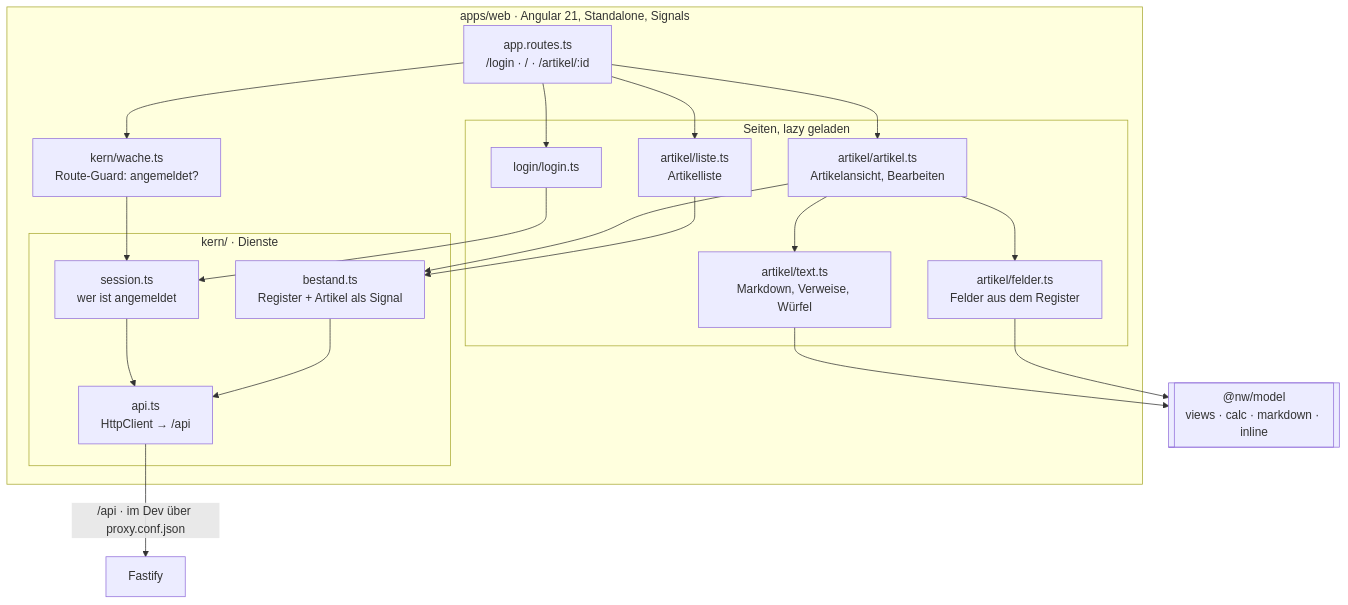
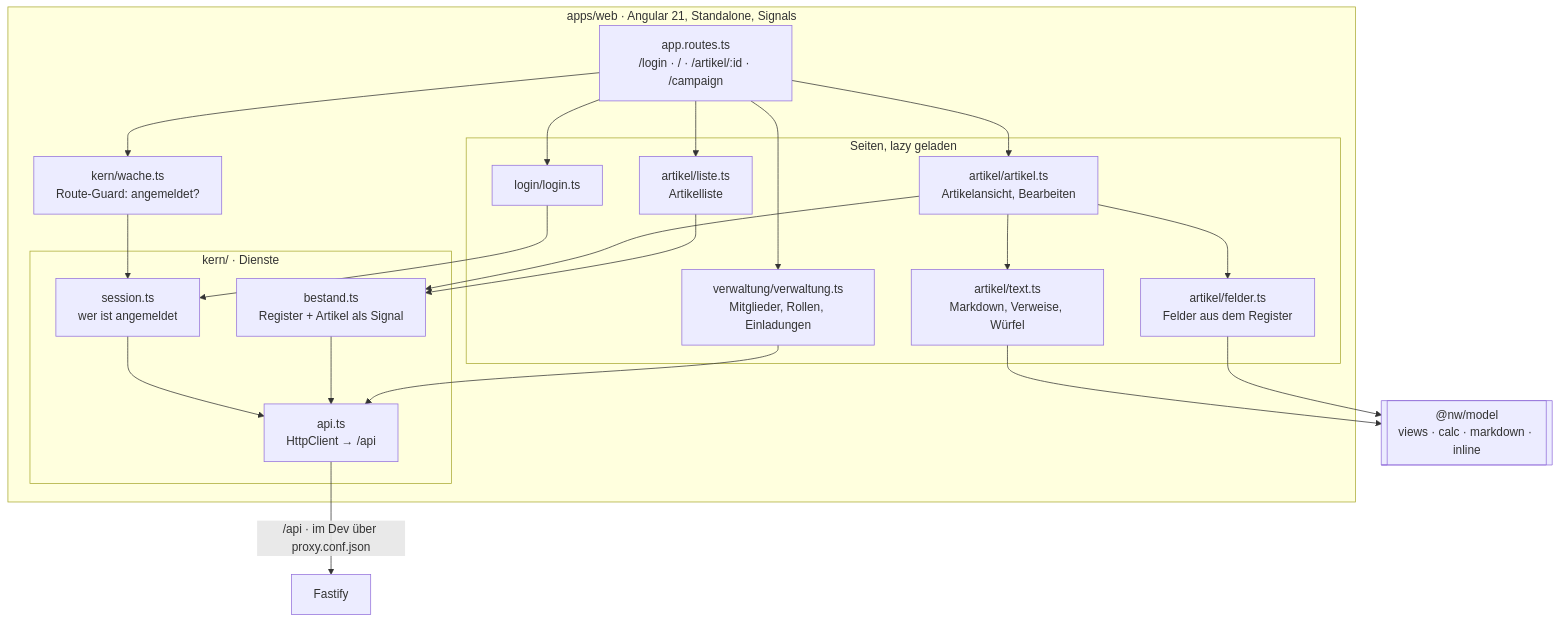
The sixth of 7 diagrams in docs/Architektur.md (Mrfudog/Atlas-Mentis), drawn with Mermaid before and after one commit. The commit also changed other lines of this file and 2 other files, not shown here.

First line of the commit message:
Doku: Routen und Rechte der Verwaltung (W3)

````diff
--- a/docs/Architektur.md
+++ b/docs/Architektur.md
@@ -267,27 +272,29 @@
 ```mermaid
 flowchart TB
   subgraph angular[apps/web · Angular 21, Standalone, Signals]
-    router[app.routes.ts<br/>/login · / · /artikel/:id]
+    router[app.routes.ts<br/>/login · / · /artikel/:id · /campaign]
     wache[kern/wache.ts<br/>Route-Guard: angemeldet?]
     subgraph seiten[Seiten, lazy geladen]
       login[login/login.ts]
       liste[artikel/liste.ts<br/>Artikelliste]
       artikel[artikel/artikel.ts<br/>Artikelansicht, Bearbeiten]
       felder[artikel/felder.ts<br/>Felder aus dem Register]
       text[artikel/text.ts<br/>Markdown, Verweise, Würfel]
+      verwaltung[verwaltung/verwaltung.ts<br/>Mitglieder, Rollen, Einladungen]
     end
     subgraph kern[kern/ · Dienste]
       api[api.ts<br/>HttpClient → /api]
       bestand[bestand.ts<br/>Register + Artikel als Signal]
       session[session.ts<br/>wer ist angemeldet]
     end
   end
   model[["@nw/model<br/>views · calc · markdown · inline"]]
   router --> wache --> session
-  router --> login & liste & artikel
+  router --> login & liste & artikel & verwaltung
+  verwaltung --> api
   artikel --> felder & text
   liste & artikel --> bestand --> api
   login --> session --> api
   felder & text --> model
   api -->|"/api · im Dev über proxy.conf.json"| srv[Fastify]
 ```
````
